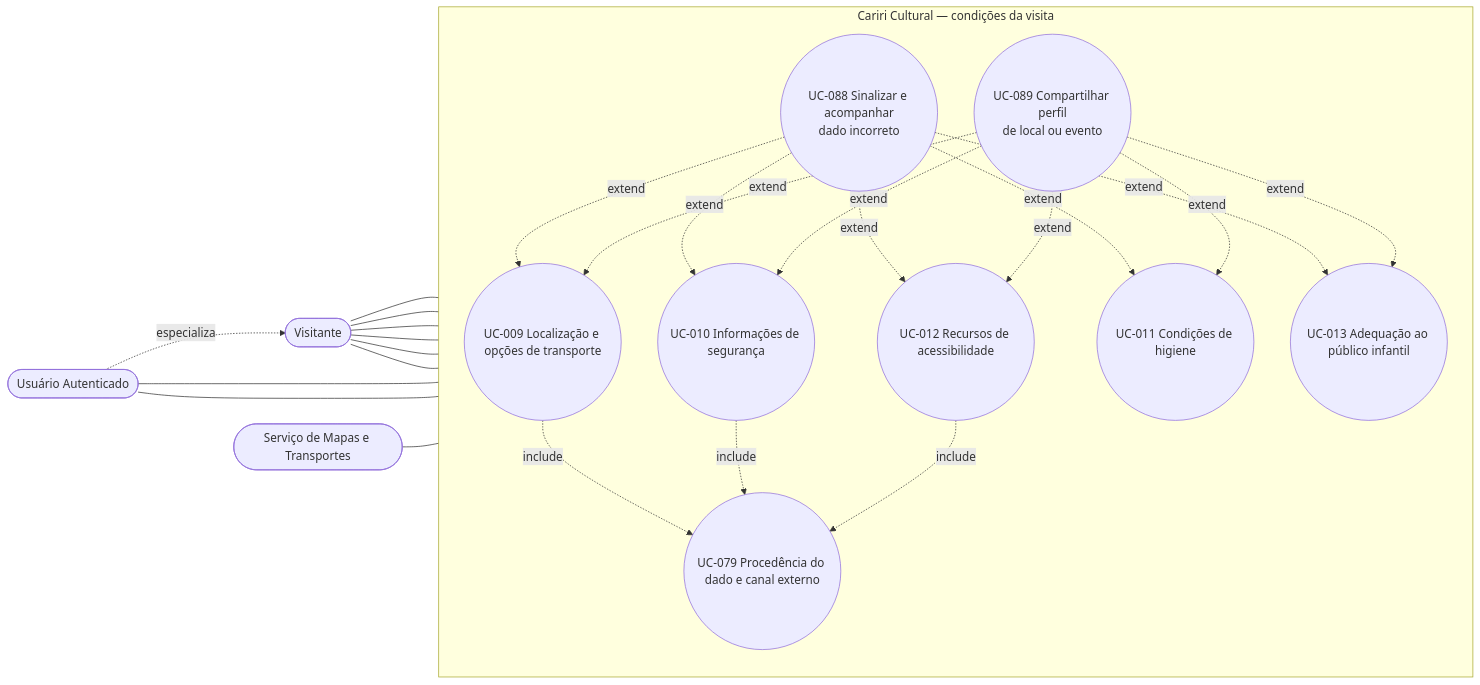
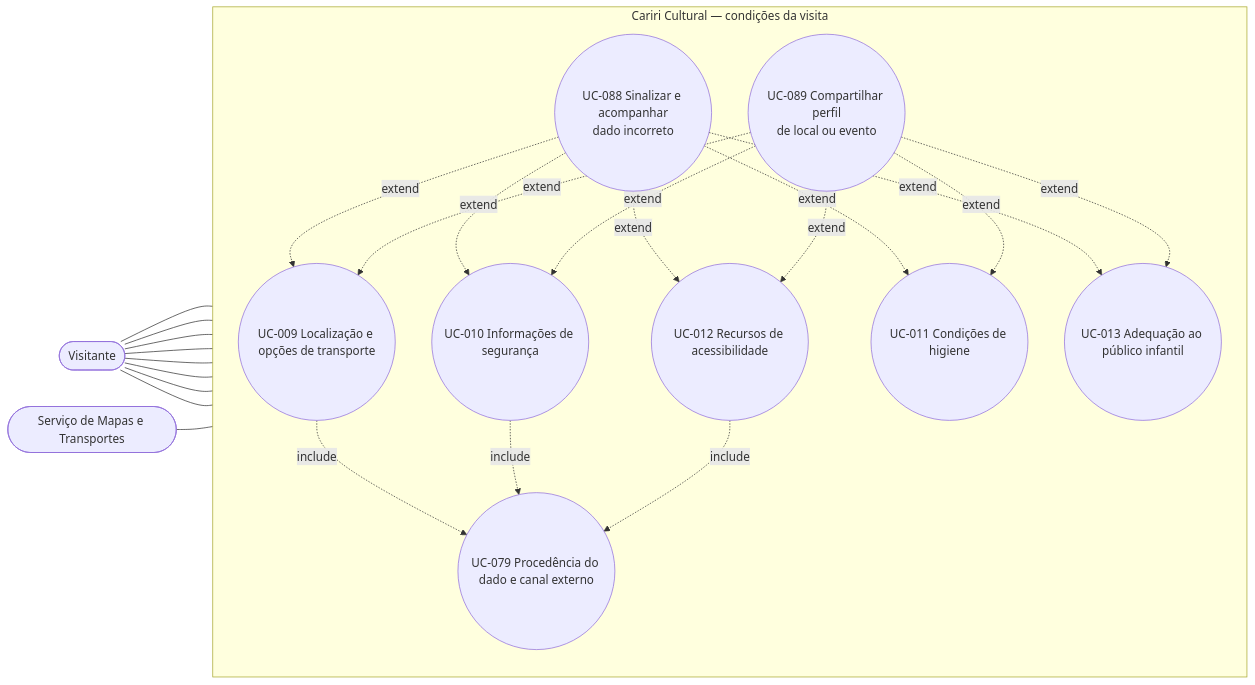
One commit to alan-mendes-ufca/CaririCultural changed the fifth of 13 diagrams in home/user-cases/use-cases-diagram.md. Above: the diagram before and after it, drawn with Mermaid. The commit also changed other lines of this file, not shown here.

Commit message:
docs: refactor `use cases diagrams`

````diff
--- a/home/user-cases/use-cases-diagram.md
+++ b/home/user-cases/use-cases-diagram.md
@@ -163,37 +152,34 @@
 ```mermaid
 flowchart LR
     %% Atores
     V([Visitante])
-    U([Usuário Autenticado])
     MAP([Serviço de Mapas e Transportes])
 
     %% Fronteira
     subgraph CC [Cariri Cultural — condições da visita]
         direction TB
         UC009((UC-009 Localização e opções de transporte))
         UC010((UC-010 Informações de segurança))
         UC011((UC-011 Condições de higiene))
         UC012((UC-012 Recursos de acessibilidade))
         UC013((UC-013 Adequação ao público infantil))
         UC079((UC-079 Procedência do dado e canal externo))
 
         %% Nós convidados: extensões vindas dos diagramas 6 e 9
         UC088((UC-088 Sinalizar e acompanhar<br/>dado incorreto))
         UC089((UC-089 Compartilhar perfil<br/>de local ou evento))
     end
 
     %% Relações Ator -> Caso de Uso
-    V --- UC009 & UC010 & UC011 & UC012 & UC013 & UC079
-    U --- UC088 & UC089
+    V --- UC009 & UC010 & UC011 & UC012 & UC013 & UC079 & UC088 & UC089
     MAP --- UC009
-    U -.->|especializa| V
 
     %% Relações Include
     UC009 -.->|include| UC079
     UC010 -.->|include| UC079
     UC012 -.->|include| UC079
 
     %% Relações Extend vindas de fora do recorte
     UC088 -.->|extend| UC009 & UC010 & UC011 & UC012 & UC013
     UC089 -.->|extend| UC009 & UC010 & UC011 & UC012 & UC013
 ```
````
